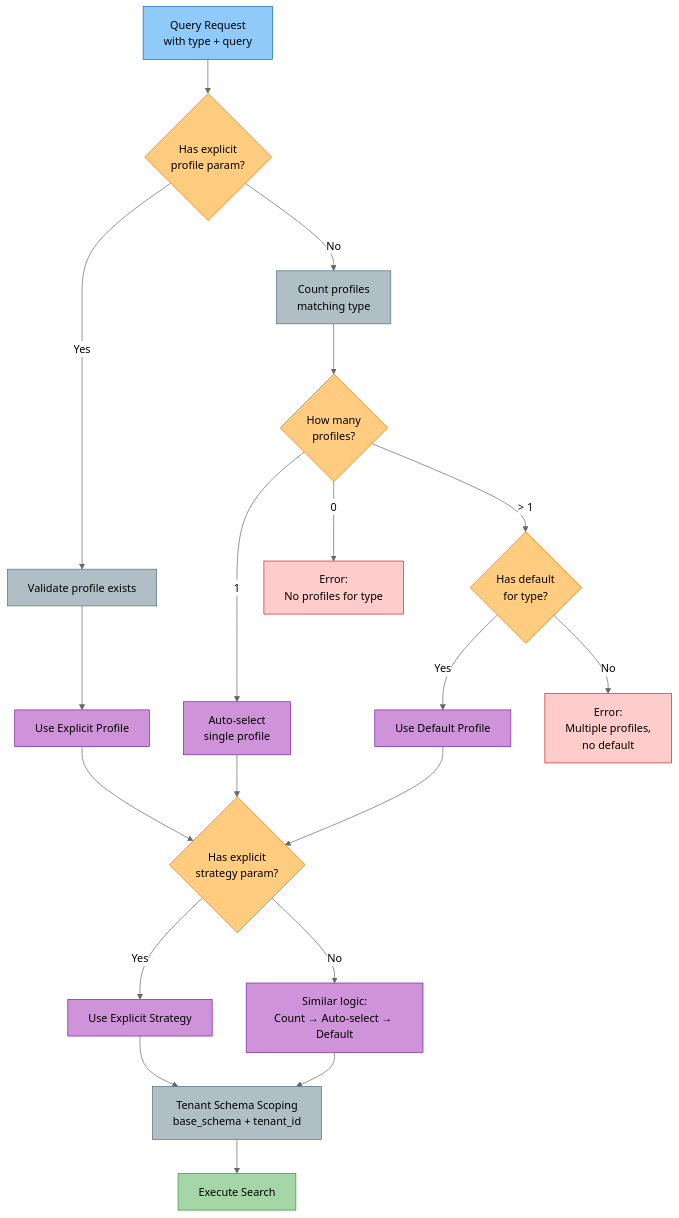
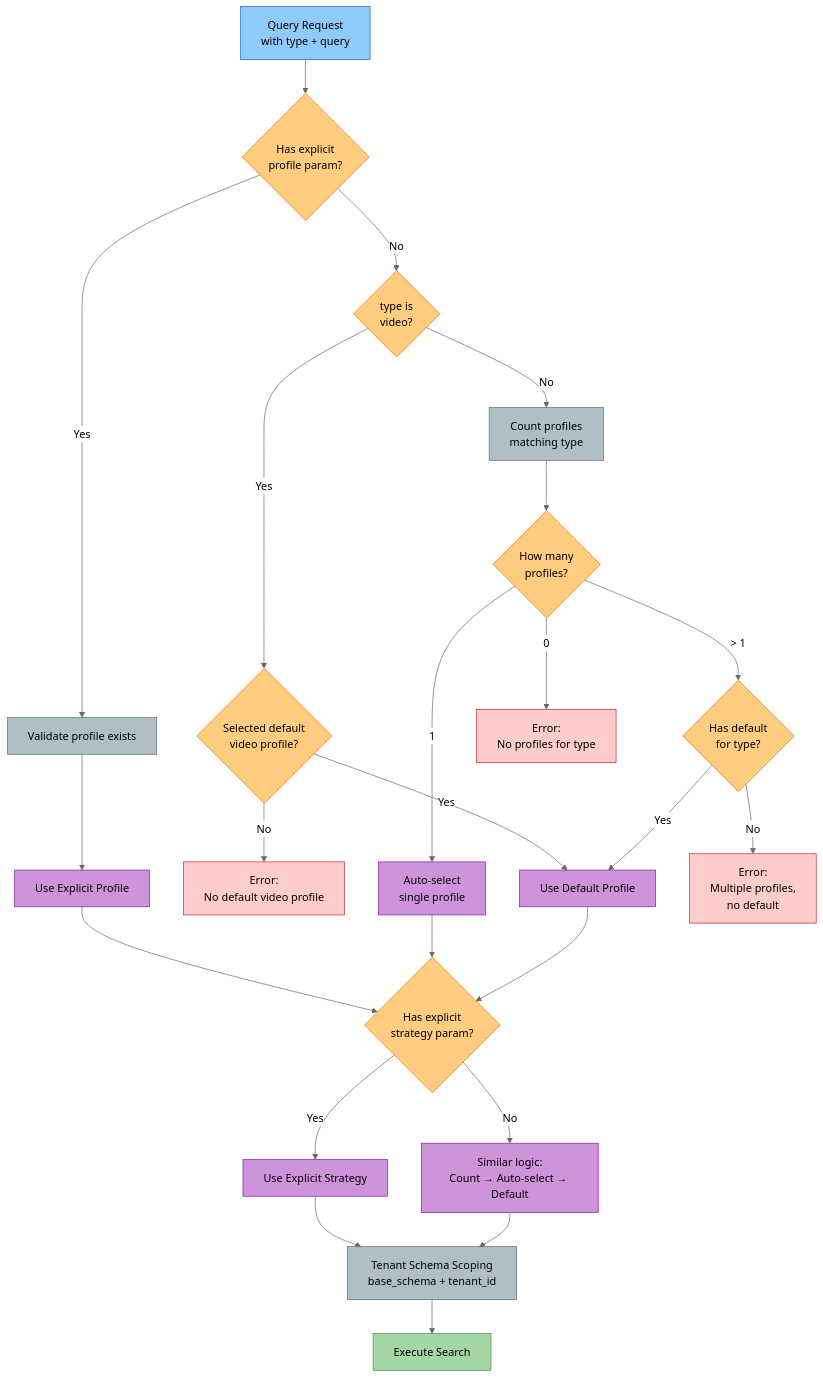
Before and after one commit to amit-jain/cogniverse: the sixth of 9 diagrams in docs/modules/backends.md, drawn with Mermaid (neutral theme). The commit also changed other lines of this file and 3 other files, not shown here.

First line of the commit message:
Refuse video search with no profile and no selected default

````diff
--- a/docs/modules/backends.md
+++ b/docs/modules/backends.md
@@ -875,47 +875,54 @@
 ```mermaid
 flowchart TD
     Start["<span style='color:#000'>Query Request<br/>with type + query</span>"] --> ProfileCheck{"<span style='color:#000'>Has explicit<br/>profile param?</span>"}
 
     ProfileCheck -->|Yes| ValidateProfile["<span style='color:#000'>Validate profile exists</span>"]
-    ProfileCheck -->|No| CountTypeProfiles["<span style='color:#000'>Count profiles<br/>matching type</span>"]
+    ProfileCheck -->|No| VideoCheck{"<span style='color:#000'>type is<br/>video?</span>"}
+    VideoCheck -->|Yes| SelectedDefault{"<span style='color:#000'>Selected default<br/>video profile?</span>"}
+    VideoCheck -->|No| CountTypeProfiles["<span style='color:#000'>Count profiles<br/>matching type</span>"]
+    SelectedDefault -->|Yes| UseDefault
+    SelectedDefault -->|No| ErrorNoDefault["<span style='color:#000'>Error:<br/>No default video profile</span>"]
 
     ValidateProfile --> UseExplicit["<span style='color:#000'>Use Explicit Profile</span>"]
 
     CountTypeProfiles --> CheckCount{"<span style='color:#000'>How many<br/>profiles?</span>"}
 
     CheckCount -->|"1"| AutoSelect["<span style='color:#000'>Auto-select<br/>single profile</span>"]
     CheckCount -->|"> 1"| CheckDefault{"<span style='color:#000'>Has default<br/>for type?</span>"}
     CheckCount -->|"0"| ErrorNoProfile["<span style='color:#000'>Error:<br/>No profiles for type</span>"]
 
     CheckDefault -->|Yes| UseDefault["<span style='color:#000'>Use Default Profile</span>"]
     CheckDefault -->|No| ErrorMultiple["<span style='color:#000'>Error:<br/>Multiple profiles,<br/>no default</span>"]
 
     UseExplicit --> StrategyCheck
     AutoSelect --> StrategyCheck
     UseDefault --> StrategyCheck
 
     StrategyCheck{"<span style='color:#000'>Has explicit<br/>strategy param?</span>"} -->|Yes| UseExplicitStrategy["<span style='color:#000'>Use Explicit Strategy</span>"]
     StrategyCheck -->|No| StrategySimilar["<span style='color:#000'>Similar logic:<br/>Count → Auto-select → Default</span>"]
 
     UseExplicitStrategy --> TenantScoping
     StrategySimilar --> TenantScoping
 
     TenantScoping["<span style='color:#000'>Tenant Schema Scoping<br/>base_schema + tenant_id</span>"] --> ExecuteSearch["<span style='color:#000'>Execute Search</span>"]
 
     style Start fill:#90caf9,stroke:#1565c0,color:#000
     style ExecuteSearch fill:#a5d6a7,stroke:#388e3c,color:#000
     style ErrorNoProfile fill:#ffcccc,stroke:#c62828,color:#000
     style ErrorMultiple fill:#ffcccc,stroke:#c62828,color:#000
+    style ErrorNoDefault fill:#ffcccc,stroke:#c62828,color:#000
+    style VideoCheck fill:#ffcc80,stroke:#ef6c00,color:#000
+    style SelectedDefault fill:#ffcc80,stroke:#ef6c00,color:#000
     style ProfileCheck fill:#ffcc80,stroke:#ef6c00,color:#000
     style StrategyCheck fill:#ffcc80,stroke:#ef6c00,color:#000
     style CheckCount fill:#ffcc80,stroke:#ef6c00,color:#000
     style CheckDefault fill:#ffcc80,stroke:#ef6c00,color:#000
     style CountTypeProfiles fill:#b0bec5,stroke:#546e7a,color:#000
     style ValidateProfile fill:#b0bec5,stroke:#546e7a,color:#000
     style UseExplicit fill:#ce93d8,stroke:#7b1fa2,color:#000
     style AutoSelect fill:#ce93d8,stroke:#7b1fa2,color:#000
     style UseDefault fill:#ce93d8,stroke:#7b1fa2,color:#000
     style UseExplicitStrategy fill:#ce93d8,stroke:#7b1fa2,color:#000
     style StrategySimilar fill:#ce93d8,stroke:#7b1fa2,color:#000
     style TenantScoping fill:#b0bec5,stroke:#546e7a,color:#000
 ```
````
